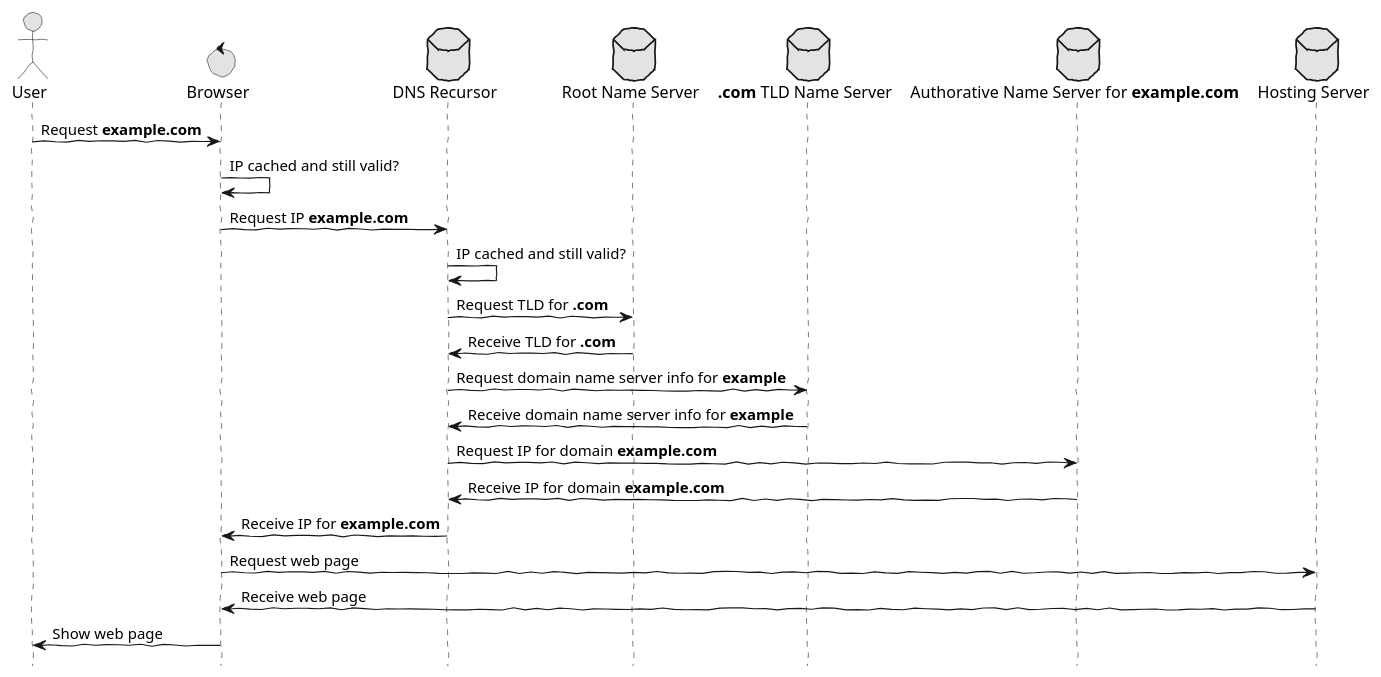
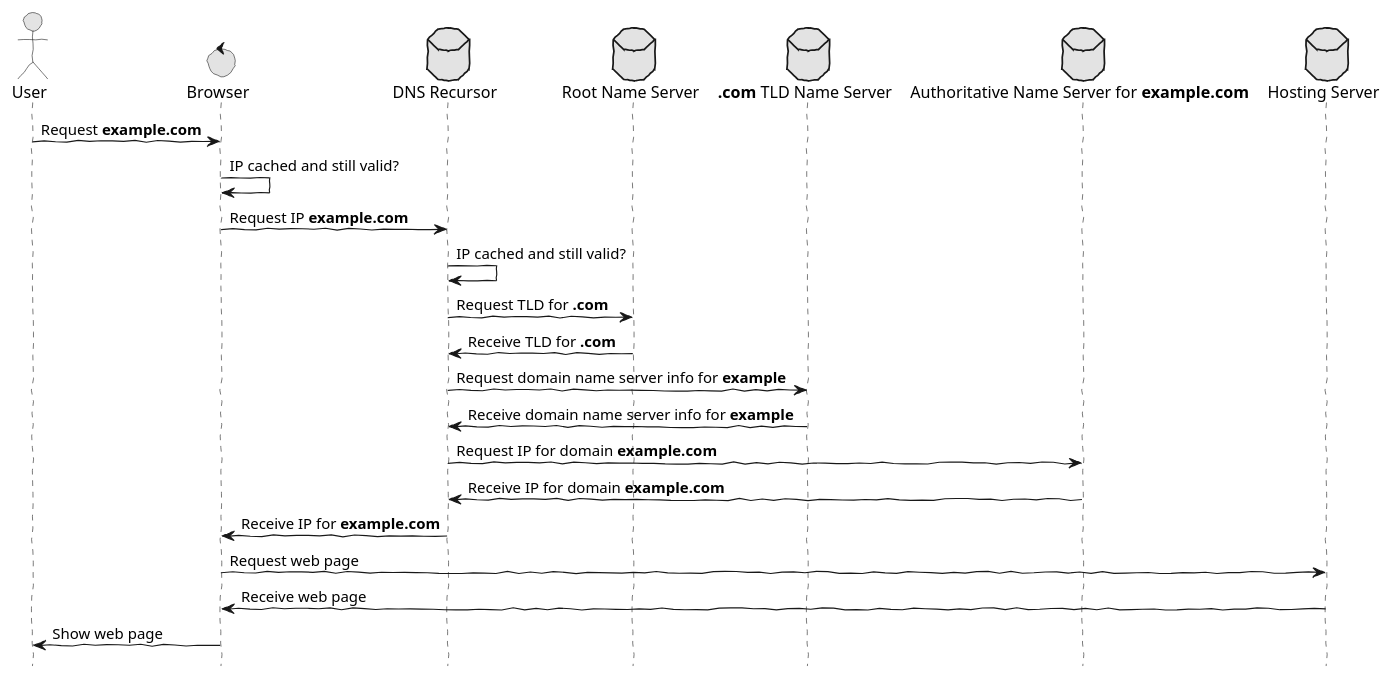
The diagram in graphs/inner-working-dns-simple.puml (PrinsFrank/PrinsFrank.nl), drawn with PlantUML before and after one commit. The commit also changed 16 other files, not shown here.

```diff
--- a/graphs/inner-working-dns-simple.puml
+++ b/graphs/inner-working-dns-simple.puml
@@ -1,28 +1,28 @@
 @startuml
 hide footbox
 skinparam monochrome true
 skinparam handwritten true
 
 actor "User" as usr
 control "Browser" as brwsr
 database "DNS Recursor" as recr
 database "Root Name Server" as root
 database "**.com** TLD Name Server" as tldns
-database "Authorative Name Server for **example.com**" as ans
+database "Authoritative Name Server for **example.com**" as ans
 database "Hosting Server" as hs
 
 usr -> brwsr: Request **example.com**
 brwsr -> brwsr: IP cached and still valid?
 brwsr -> recr: Request IP **example.com**
 recr -> recr: IP cached and still valid?
 recr -> root: Request TLD for **.com**
 root -> recr: Receive TLD for **.com**
 recr -> tldns: Request domain name server info for **example**
 tldns -> recr: Receive domain name server info for **example**
 recr -> ans: Request IP for domain **example.com**
 ans -> recr: Receive IP for domain **example.com**
 recr -> brwsr: Receive IP for **example.com**
 brwsr -> hs: Request web page
 hs -> brwsr: Receive web page
 brwsr -> usr: Show web page
 @enduml
```
